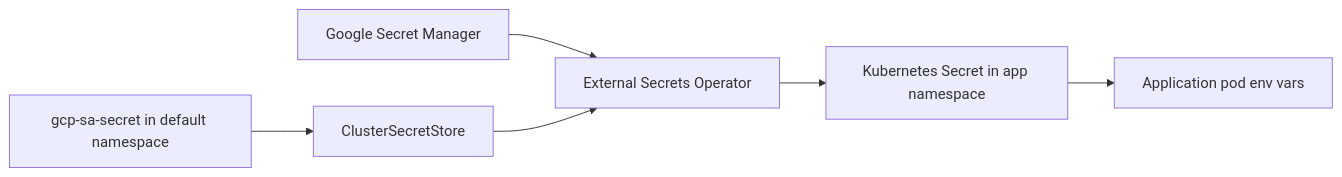
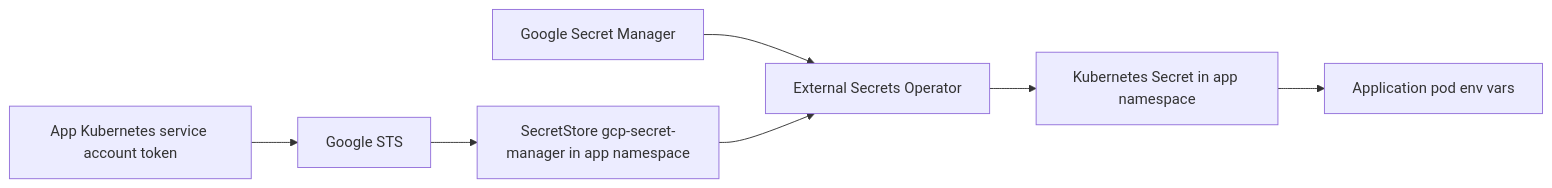
One commit to ccrawford4/home changed the third of 4 diagrams in README.md. Above: the diagram before and after it, drawn with Mermaid. The commit also changed other lines of this file and 12 other files, not shown here.

First line of the commit message:
Remove the shared secrets-manager-sa and ClusterSecretStore (#53)

````diff
--- a/README.md
+++ b/README.md
@@ -152,8 +146,9 @@
 ```mermaid
 flowchart LR
   GSM[Google Secret Manager] --> ESO[External Secrets Operator]
-  Key[gcp-sa-secret in default namespace] --> Store[ClusterSecretStore]
+  KSA[App Kubernetes service account token] --> STS[Google STS]
+  STS --> Store[SecretStore gcp-secret-manager in app namespace]
   Store --> ESO
   ESO --> K8sSecret[Kubernetes Secret in app namespace]
   K8sSecret --> Pod[Application pod env vars]
 ```
````
